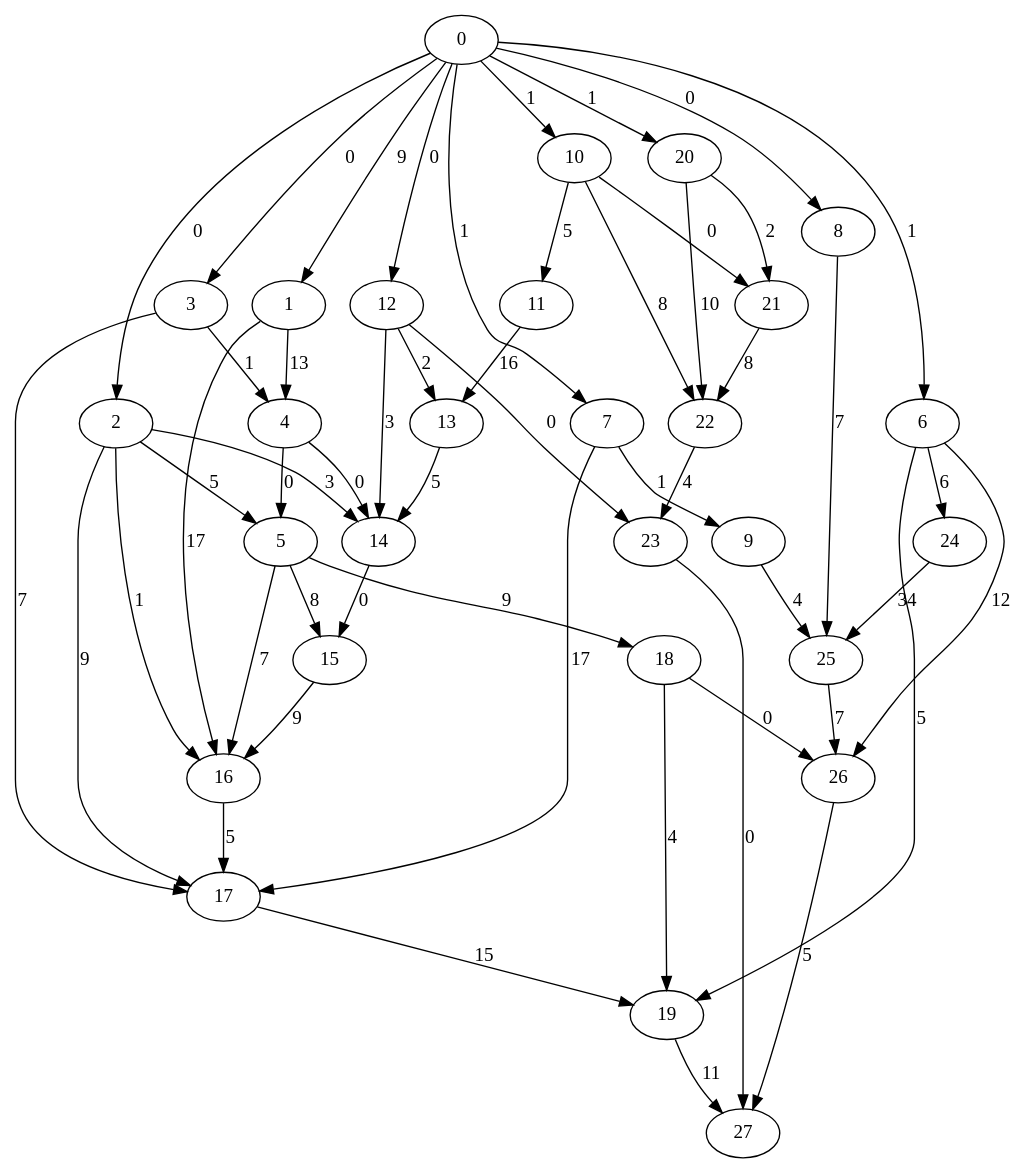
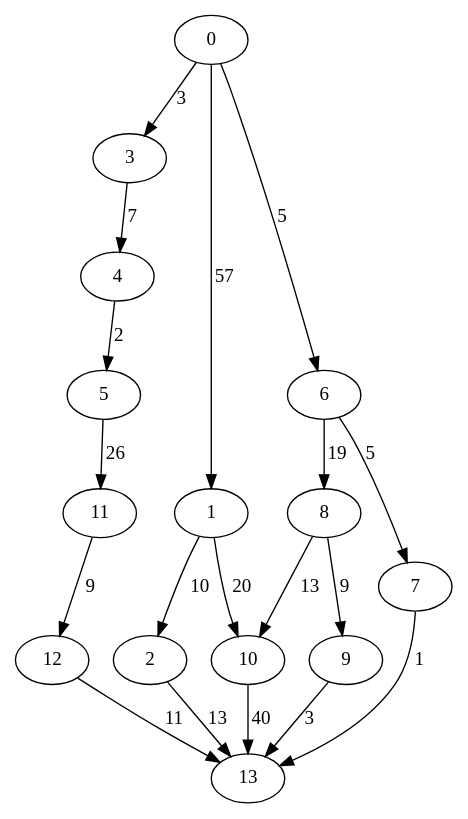
One commit to asaloniti/DagScheduling_old changed the diagram in small.dot. Above: the diagram before and after it, drawn with Graphviz. The commit also changed 7 other files, not shown here.

```diff
--- a/small.dot
+++ b/small.dot
@@ -1,54 +1,20 @@
 digraph small {
-0 -> 1 [ label = 9 ];
-0 -> 2 [ label = 0 ];
-0 -> 3 [ label = 0 ];
-0 -> 6 [ label = 1 ];
-0 -> 7 [ label = 1 ];
-0 -> 8 [ label = 0 ];
-0 -> 10 [ label = 1 ];
-0 -> 12 [ label = 0 ];
-0 -> 20 [ label = 1 ];
-1 -> 4 [ label = 13 ];
-1 -> 16 [ label = 17 ];
-2 -> 5 [ label = 5 ];
-2 -> 14 [ label = 3 ];
-2 -> 16 [ label = 1 ];
-2 -> 17 [ label = 9 ];
-3 -> 4 [ label = 1 ];
-3 -> 17 [ label = 7 ];
-4 -> 5 [ label = 0 ];
-4 -> 14 [ label = 0 ];
-5 -> 15 [ label = 8 ];
-5 -> 16 [ label = 7 ];
-5 -> 18 [ label = 9 ];
-6 -> 19 [ label = 5 ];
-6 -> 24 [ label = 6 ];
-6 -> 26 [ label = 12 ];
-7 -> 9 [ label = 1 ];
-7 -> 17 [ label = 17 ];
-8 -> 25 [ label = 7 ];
-9 -> 25 [ label = 4 ];
-10 -> 11 [ label = 5 ];
-10 -> 21 [ label = 0 ];
-10 -> 22 [ label = 8 ];
-11 -> 13 [ label = 16 ];
-12 -> 13 [ label = 2 ];
-12 -> 14 [ label = 3 ];
-12 -> 23 [ label = 0 ];
-13 -> 14 [ label = 5 ];
-14 -> 15 [ label = 0 ];
-15 -> 16 [ label = 9 ];
-16 -> 17 [ label = 5 ];
-17 -> 19 [ label = 15 ];
-18 -> 19 [ label = 4 ];
-18 -> 26 [ label = 0 ];
-19 -> 27 [ label = 11 ];
-20 -> 21 [ label = 2 ];
-20 -> 22 [ label = 10 ];
-21 -> 22 [ label = 8 ];
-22 -> 23 [ label = 4 ];
-23 -> 27 [ label = 0 ];
-24 -> 25 [ label = 34 ];
-25 -> 26 [ label = 7 ];
-26 -> 27 [ label = 5 ];
+0 -> 1 [ label = 57 ];
+0 -> 3 [ label = 3 ];
+0 -> 6 [ label = 5 ];
+1 -> 2 [ label = 10 ];
+1 -> 10 [ label = 20 ];
+2 -> 13 [ label = 13 ];
+3 -> 4 [ label = 7 ];
+4 -> 5 [ label = 2 ];
+5 -> 11 [ label = 26 ];
+6 -> 7 [ label = 5 ];
+6 -> 8 [ label = 19 ];
+7 -> 13 [ label = 1 ];
+8 -> 9 [ label = 9 ];
+8 -> 10 [ label = 13 ];
+9 -> 13 [ label = 3 ];
+10 -> 13 [ label = 40 ];
+11 -> 12 [ label = 9 ];
+12 -> 13 [ label = 11 ];
  }
```
